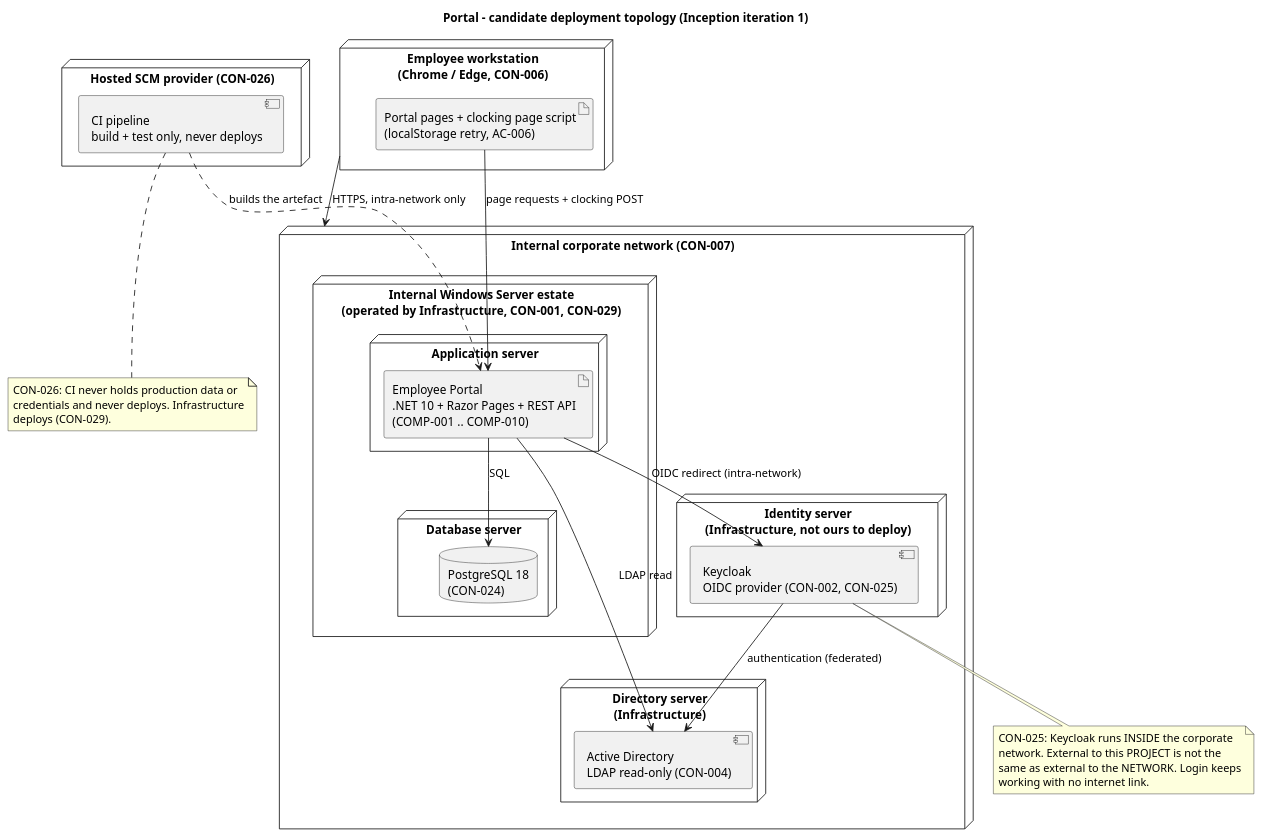
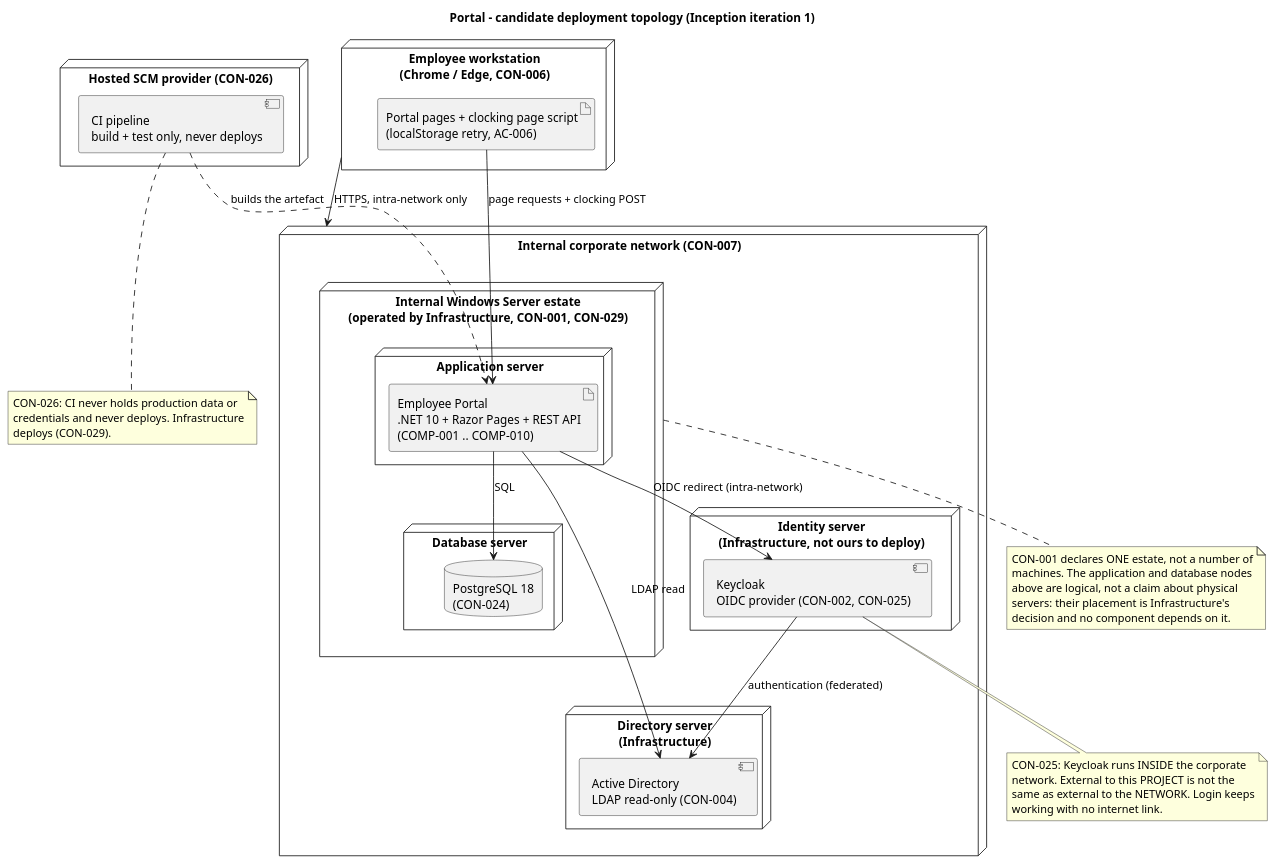
The eighth of 8 diagrams in docs/artifacts/analysis---design/software-architecture-document.md (banense-test/portal), drawn with PlantUML before and after one commit. The commit also changed other lines of this file, not shown here.

Commit message:
Software Architect [I1]: upsert Software Architecture Document
[skip ci]

````diff
--- a/docs/artifacts/analysis---design/software-architecture-document.md
+++ b/docs/artifacts/analysis---design/software-architecture-document.md
@@ -790,54 +791,62 @@
 ```plantuml
 @startuml Portal_Deployment
 title Portal - candidate deployment topology (Inception iteration 1)
 
 node "Employee workstation\n(Chrome / Edge, CON-006)" as WS {
   artifact "Portal pages + clocking page script\n(localStorage retry, AC-006)" as BROWSER
 }
 
 node "Internal corporate network (CON-007)" as NET {
 
   node "Internal Windows Server estate\n(operated by Infrastructure, CON-001, CON-029)" as ESTATE {
     node "Application server" as APPSRV {
       artifact "Employee Portal\n.NET 10 + Razor Pages + REST API\n(COMP-001 .. COMP-010)" as APP
     }
     node "Database server" as DBSRV {
       database "PostgreSQL 18\n(CON-024)" as PG
     }
   }
 
   node "Identity server\n(Infrastructure, not ours to deploy)" as IDSRV {
     component "Keycloak\nOIDC provider (CON-002, CON-025)" as KC
   }
 
   node "Directory server\n(Infrastructure)" as DIRSRV {
     component "Active Directory\nLDAP read-only (CON-004)" as AD
   }
 }
 
 node "Hosted SCM provider (CON-026)" as CI {
   component "CI pipeline\nbuild + test only, never deploys" as PIPE
 }
 
 WS --> NET : HTTPS, intra-network only
 BROWSER --> APP : page requests + clocking POST
 APP --> PG : SQL
 APP --> KC : OIDC redirect (intra-network)
 APP --> AD : LDAP read
 KC --> AD : authentication (federated)
 PIPE ..> APP : builds the artefact
 
 note bottom of PIPE
   CON-026: CI never holds production data or
   credentials and never deploys. Infrastructure
   deploys (CON-029).
 end note
 
 note bottom of KC
   CON-025: Keycloak runs INSIDE the corporate
   network. External to this PROJECT is not the
   same as external to the NETWORK. Login keeps
   working with no internet link.
 end note
+
+note bottom of ESTATE
+  CON-001 declares ONE estate, not a number of
+  machines. The application and database nodes
+  above are logical, not a claim about physical
+  servers: their placement is Infrastructure's
+  decision and no component depends on it.
+end note
 @enduml
 ```
````
